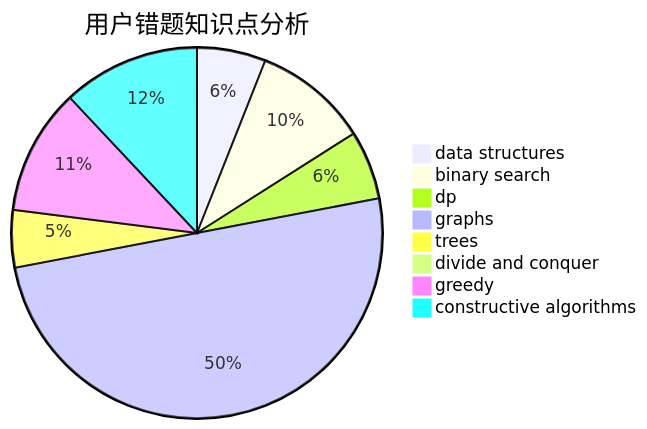
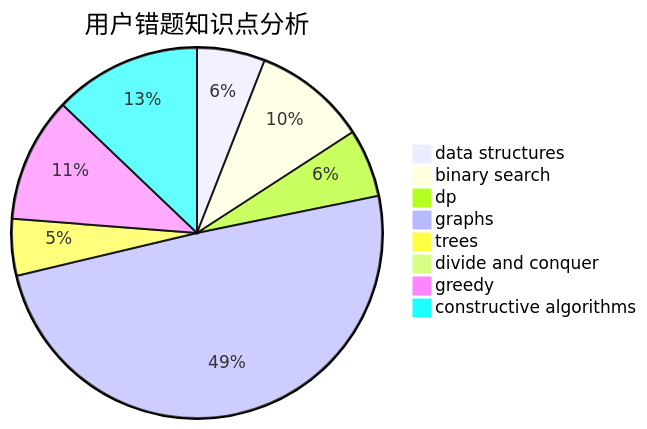
The third of 3 diagrams in docs/user/u1094.md (sherpahu/cfrs.github.io), drawn with Mermaid before and after one commit. The commit also changed other lines of this file and 2770 other files, not shown here.

````diff
--- a/docs/user/u1094.md
+++ b/docs/user/u1094.md
@@ -36,11 +36,11 @@
 ```mermaid
 pie title 用户错题知识点分析
     "data structures" :  6
     "binary search" :  10
     "dp" :  6
     "graphs" :  50
     "trees" :  5
     "divide and conquer" :  1
     "greedy" :  11
-    "constructive algorithms" :  12
+    "constructive algorithms" :  13
 ```
````
